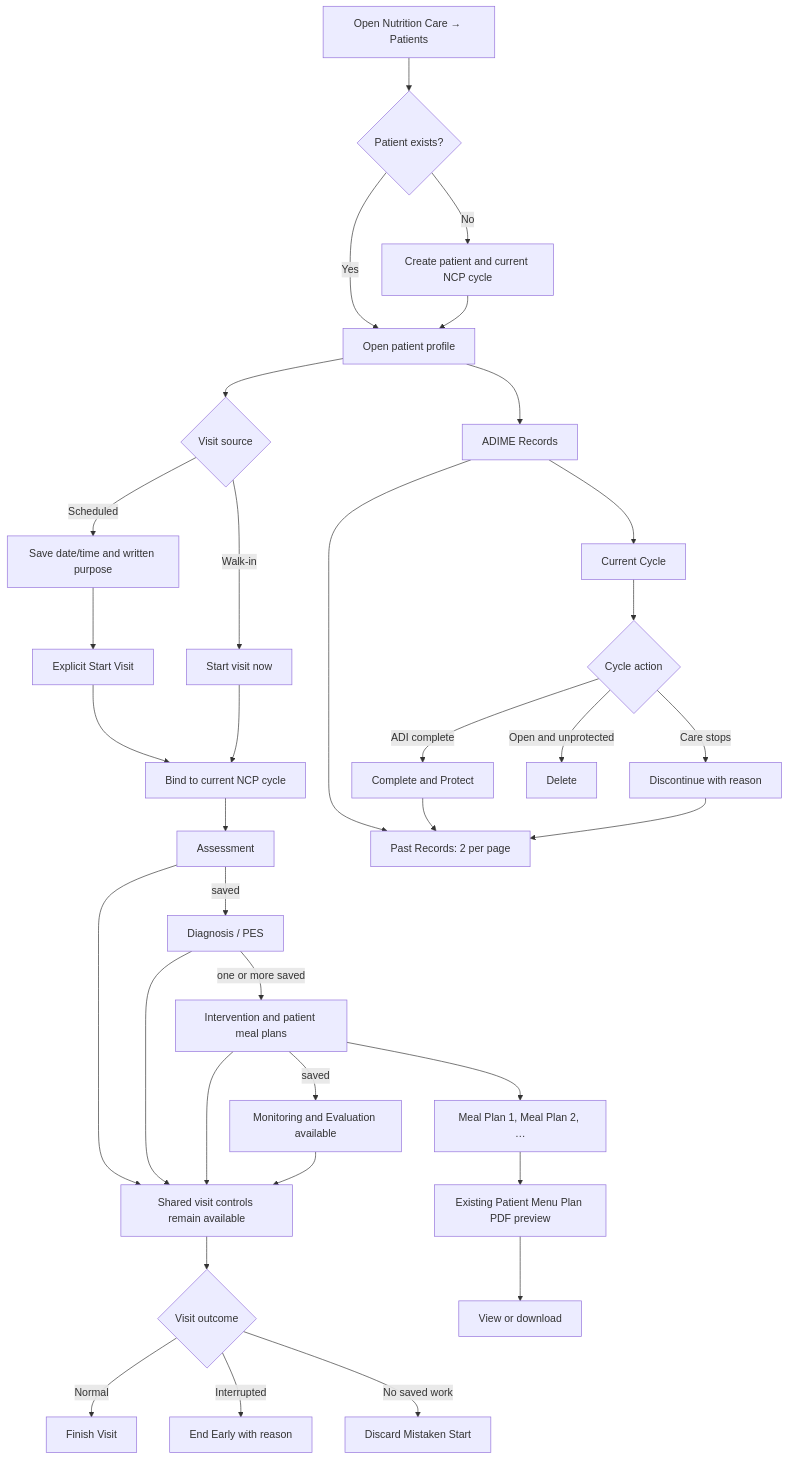
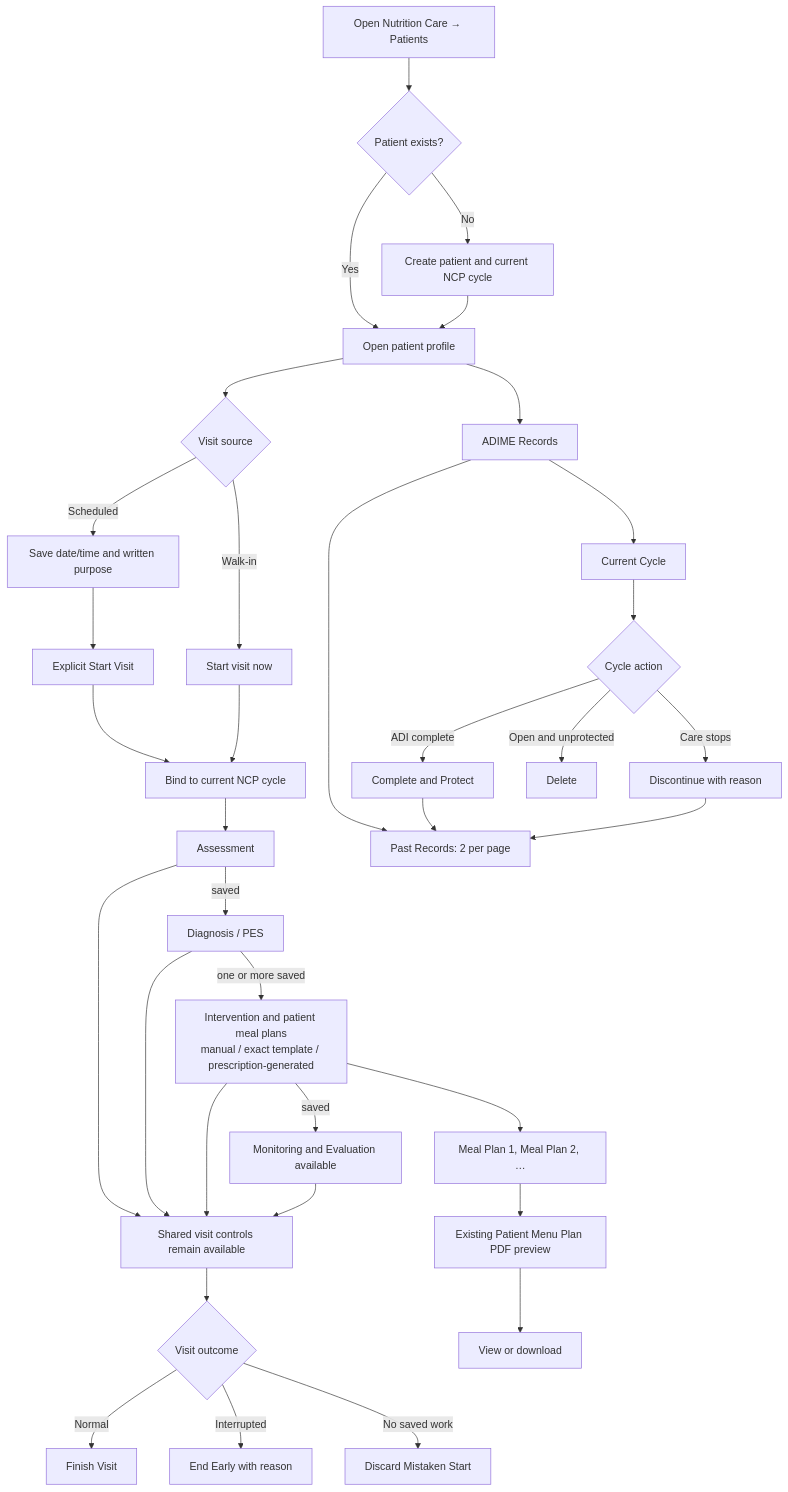
Before and after one commit to ja2gc/Nutriscope: the second of 9 diagrams in docs/module-workflow-flowchart.md, drawn with Mermaid. The commit also changed other lines of this file and 122 other files, not shown here.

````diff
--- a/docs/module-workflow-flowchart.md
+++ b/docs/module-workflow-flowchart.md
@@ -61,40 +62,40 @@
 ```mermaid
 flowchart TD
     A["Open Nutrition Care → Patients"] --> B{"Patient exists?"}
     B -->|"No"| C["Create patient and current NCP cycle"]
     B -->|"Yes"| D["Open patient profile"]
     C --> D
     D --> E{"Visit source"}
     E -->|"Scheduled"| F["Save date/time and written purpose"]
     E -->|"Walk-in"| G["Start visit now"]
     F --> H["Explicit Start Visit"]
     H --> I["Bind to current NCP cycle"]
     G --> I
 
     I --> J["Assessment"]
     J -->|"saved"| K["Diagnosis / PES"]
-    K -->|"one or more saved"| L["Intervention and patient meal plans"]
+    K -->|"one or more saved"| L["Intervention and patient meal plans<br/>manual / exact template / prescription-generated"]
     L -->|"saved"| M["Monitoring and Evaluation available"]
     J --> N["Shared visit controls remain available"]
     K --> N
     L --> N
     M --> N
     N --> O{"Visit outcome"}
     O -->|"Normal"| P["Finish Visit"]
     O -->|"Interrupted"| Q["End Early with reason"]
     O -->|"No saved work"| R["Discard Mistaken Start"]
 
     D --> S["ADIME Records"]
     S --> T["Current Cycle"]
     S --> U["Past Records: 2 per page"]
     T --> V{"Cycle action"}
     V -->|"ADI complete"| W["Complete and Protect"]
     V -->|"Care stops"| X["Discontinue with reason"]
     V -->|"Open and unprotected"| Y["Delete"]
     W --> U
     X --> U
 
     L --> Z["Meal Plan 1, Meal Plan 2, …"]
     Z --> AA["Existing Patient Menu Plan PDF preview"]
     AA --> AB["View or download"]
 ```
````
